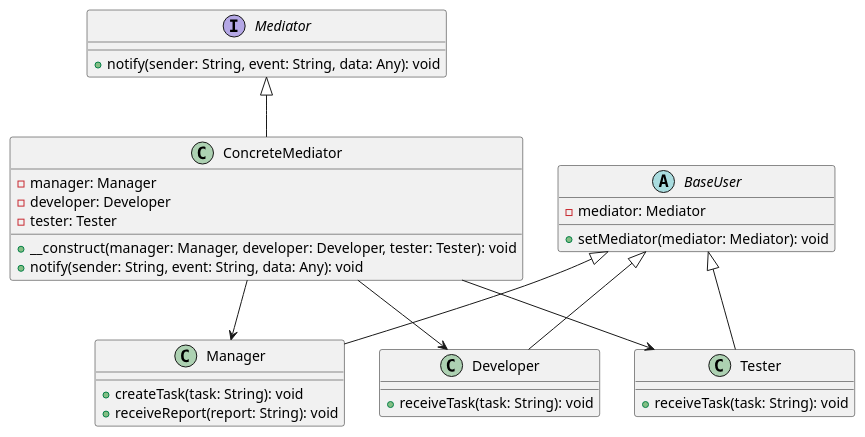
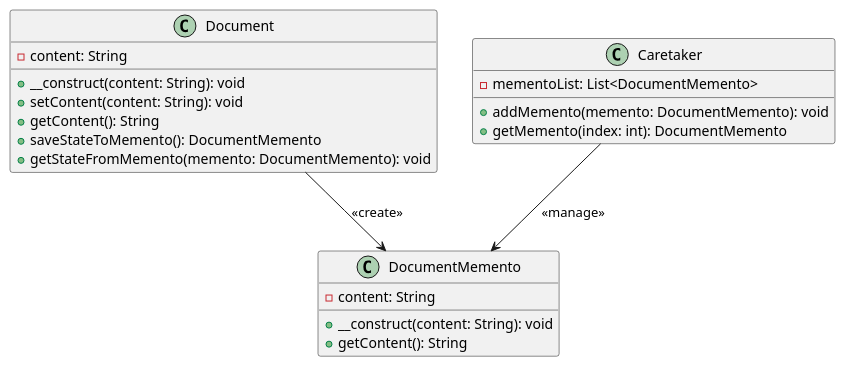
Before and after one commit to andrewovchinnikov/design-patterns: the diagram in klassifikaciya-patternov/povedencheskie-patterny-behavioral-patterns/mnemoniko-memento/primery/sistema-upravleniya-versiyami-dokumentov/php.md, drawn with PlantUML. The commit also changed other lines of this file and 115 other files, not shown here.

````diff
--- a/klassifikaciya-patternov/povedencheskie-patterny-behavioral-patterns/mnemoniko-memento/primery/sistema-upravleniya-versiyami-dokumentov/php.md
+++ b/klassifikaciya-patternov/povedencheskie-patterny-behavioral-patterns/mnemoniko-memento/primery/sistema-upravleniya-versiyami-dokumentov/php.md
@@ -145,41 +113,29 @@
 ```plantuml
 @startuml
-interface Mediator {
-    +notify(sender: String, event: String, data: Any): void
+
+class Document {
+    -content: String
+    +__construct(content: String): void
+    +setContent(content: String): void
+    +getContent(): String
+    +saveStateToMemento(): DocumentMemento
+    +getStateFromMemento(memento: DocumentMemento): void
 }
 
-class ConcreteMediator {
-    -manager: Manager
-    -developer: Developer
-    -tester: Tester
-    +__construct(manager: Manager, developer: Developer, tester: Tester): void
-    +notify(sender: String, event: String, data: Any): void
+class DocumentMemento {
+    -content: String
+    +__construct(content: String): void
+    +getContent(): String
 }
 
-abstract class BaseUser {
-    -mediator: Mediator
-    +setMediator(mediator: Mediator): void
+class Caretaker {
+    -mementoList: List<DocumentMemento>
+    +addMemento(memento: DocumentMemento): void
+    +getMemento(index: int): DocumentMemento
 }
 
-class Manager {
-    +createTask(task: String): void
-    +receiveReport(report: String): void
-}
+Document --> DocumentMemento: <<create>>
+Caretaker --> DocumentMemento: <<manage>>
 
-class Developer {
-    +receiveTask(task: String): void
-}
-
-class Tester {
-    +receiveTask(task: String): void
-}
-
-Mediator <|-- ConcreteMediator
-BaseUser <|-- Manager
-BaseUser <|-- Developer
-BaseUser <|-- Tester
-ConcreteMediator --> Manager
-ConcreteMediator --> Developer
-ConcreteMediator --> Tester
 @enduml
 ```
````
